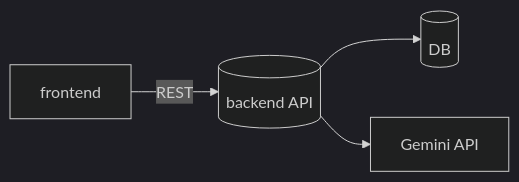
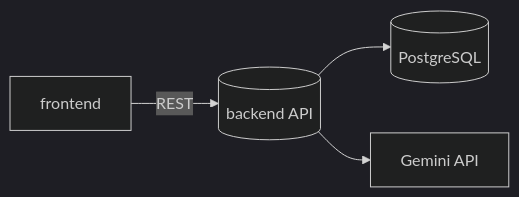
The second of 2 diagrams in README.md (jinw00ch01/ROKEY_news), drawn with Mermaid (dark theme) before and after one commit. The commit also changed other lines of this file, not shown here.

````diff
--- a/README.md
+++ b/README.md
@@ -21,6 +42,6 @@
 ```mermaid
 graph LR
   A[frontend] -->|REST| B[(backend API)]
-  B --> C[(DB)]
+  B --> C[(PostgreSQL)]
   B --> D[Gemini API]
 ```
````
